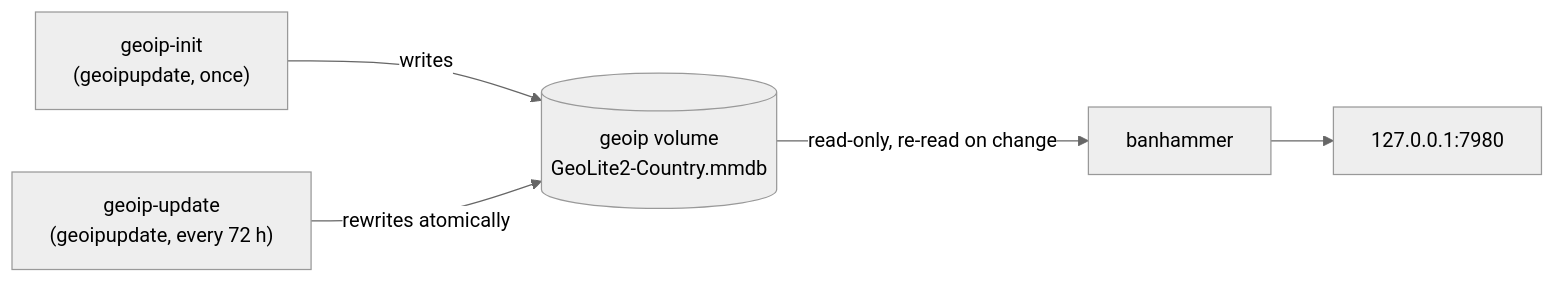
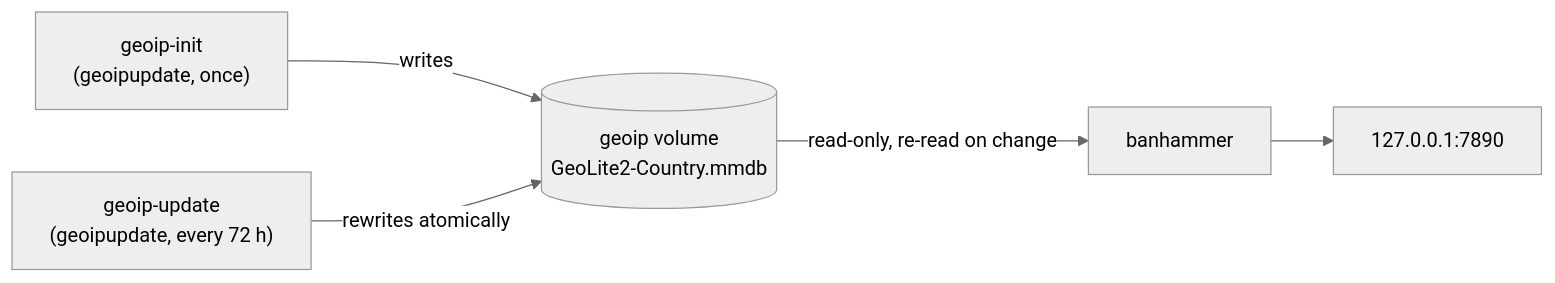
One commit to gabay/banhammer changed the diagram in README.md. Above: the diagram before and after it, drawn with Mermaid (neutral theme). The commit also changed other lines of this file and 9 other files, not shown here.

````diff
--- a/README.md
+++ b/README.md
@@ -435,7 +435,7 @@
 ```mermaid
 flowchart LR
     init["geoip-init<br/>(geoipupdate, once)"] -->|writes| vol[("geoip volume<br/>GeoLite2-Country.mmdb")]
     upd["geoip-update<br/>(geoipupdate, every 72 h)"] -->|rewrites atomically| vol
     vol -->|read-only, re-read on change| bh["banhammer"]
-    bh --> page["127.0.0.1:7980"]
+    bh --> page["127.0.0.1:7890"]
 ```
````
